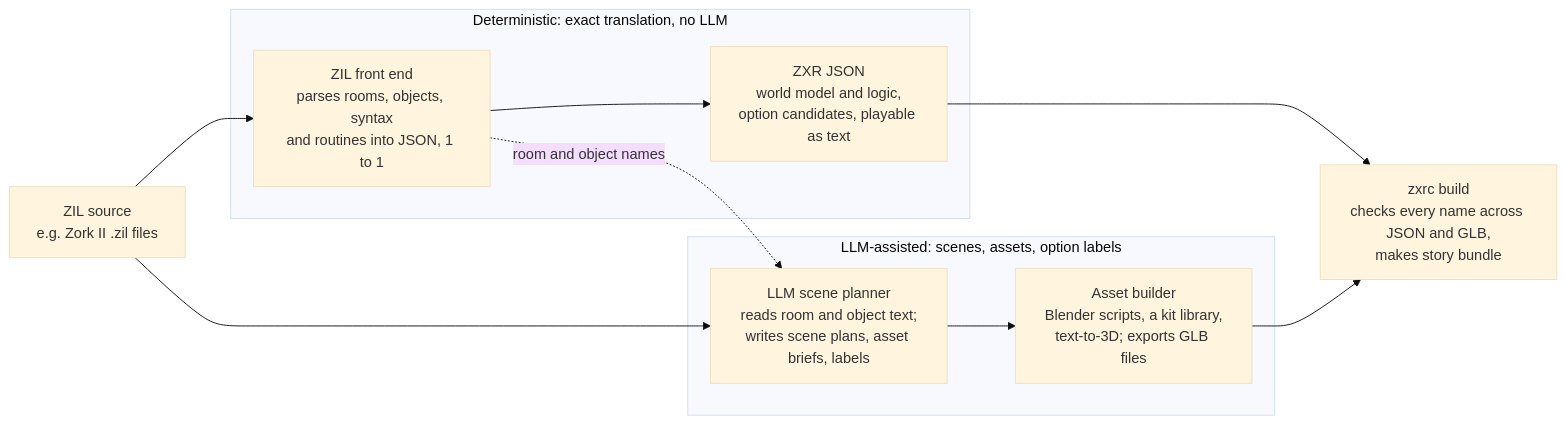
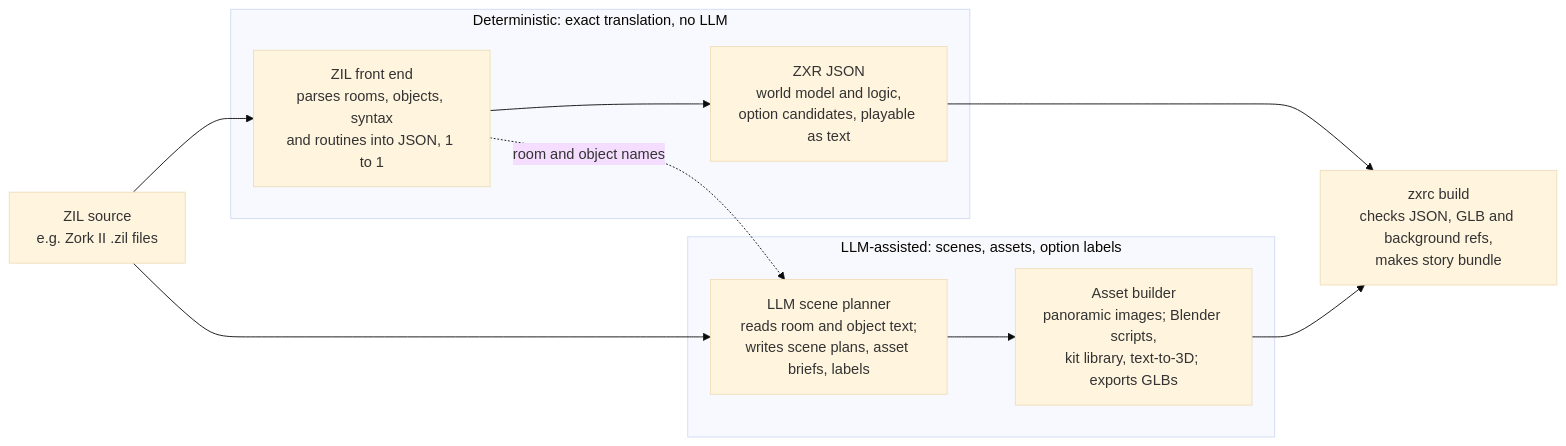
Before and after one commit to kariato/zxr: the first of 3 diagrams in docs/design.md, drawn with Mermaid (base theme). The commit also changed other lines of this file and 468 other files, not shown here.

First line of the commit message:
Add 3D lair/barrow scenes, object actions, room narration and asset tooling

````diff
--- a/docs/design.md
+++ b/docs/design.md
@@ -19,15 +23,15 @@
 ```mermaid
 flowchart LR
   ZIL["ZIL source<br/>e.g. Zork II .zil files"]
   subgraph det["Deterministic: exact translation, no LLM"]
     FE["ZIL front end<br/>parses rooms, objects, syntax<br/>and routines into JSON, 1 to 1"] --> JSON["ZXR JSON<br/>world model and logic,<br/>option candidates, playable as text"]
   end
   subgraph llm["LLM-assisted: scenes, assets, option labels"]
-    PL["LLM scene planner<br/>reads room and object text;<br/>writes scene plans, asset briefs, labels"] --> AB["Asset builder<br/>Blender scripts, a kit library,<br/>text-to-3D; exports GLB files"]
+    PL["LLM scene planner<br/>reads room and object text;<br/>writes scene plans, asset briefs, labels"] --> AB["Asset builder<br/>panoramic images; Blender scripts,<br/>kit library, text-to-3D; exports GLBs"]
   end
   ZIL --> FE
   ZIL --> PL
   FE -. room and object names .-> PL
-  JSON --> BUILD["zxrc build<br/>checks every name across JSON and GLB,<br/>makes story bundle"]
+  JSON --> BUILD["zxrc build<br/>checks JSON, GLB and background refs,<br/>makes story bundle"]
   AB --> BUILD
 ```
````
